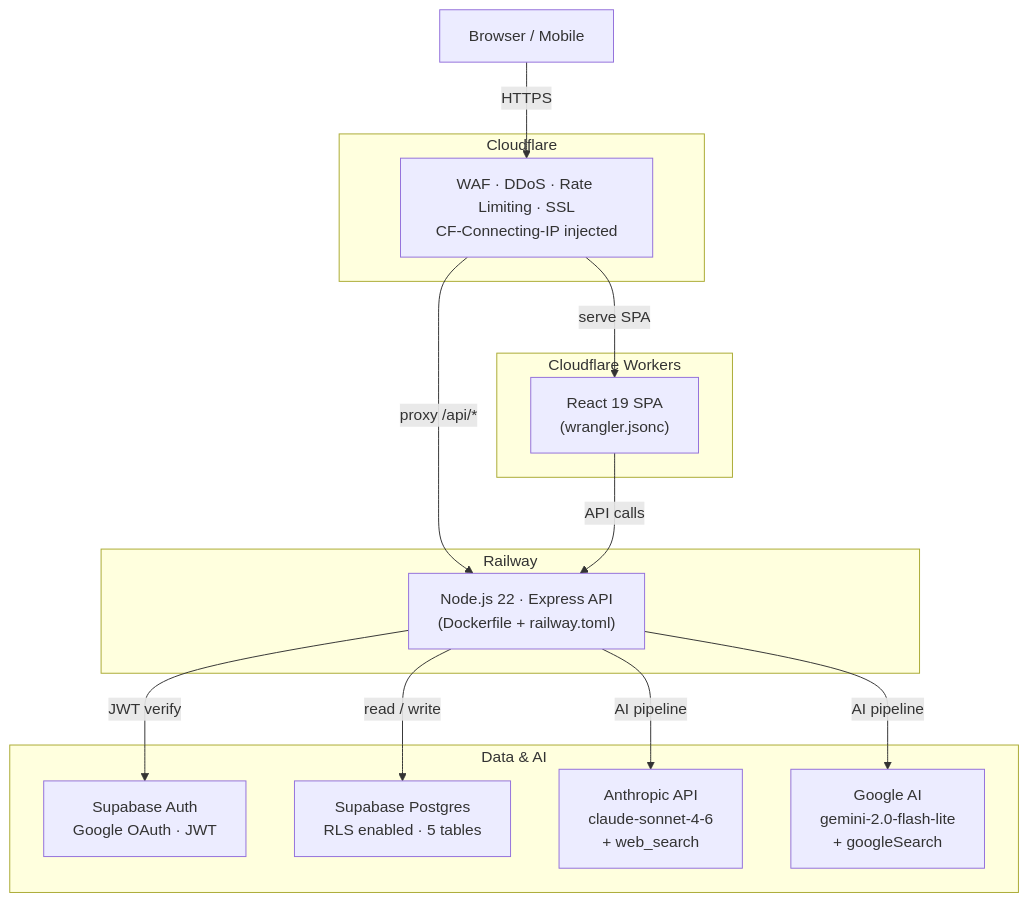
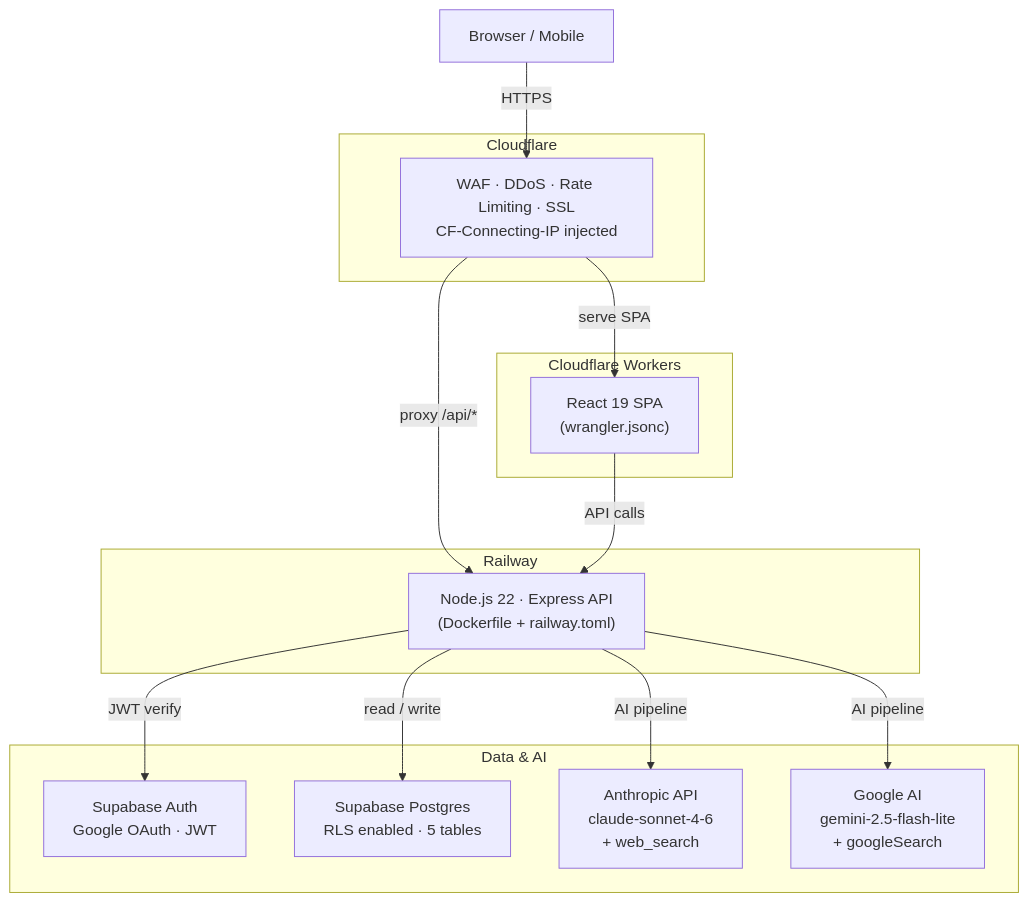
The diagram in README.md (loopnestdev/moat-finder), drawn with Mermaid before and after one commit. The commit also changed other lines of this file and 3 other files, not shown here.

Commit message:
fix: update Gemini model version to gemini-2.5-flash-lite in documentation

````diff
--- a/README.md
+++ b/README.md
@@ -25,32 +25,32 @@
 ```mermaid
 graph TB
     Browser["Browser / Mobile"]
 
     subgraph CF["Cloudflare"]
         WAF["WAF · DDoS · Rate Limiting · SSL\nCF-Connecting-IP injected"]
     end
 
     subgraph Frontend["Cloudflare Workers"]
         SPA["React 19 SPA\n(wrangler.jsonc)"]
     end
 
     subgraph Backend["Railway"]
         API["Node.js 22 · Express API\n(Dockerfile + railway.toml)"]
     end
 
     subgraph Data["Data & AI"]
         Auth["Supabase Auth\nGoogle OAuth · JWT"]
         DB["Supabase Postgres\nRLS enabled · 5 tables"]
         Claude["Anthropic API\nclaude-sonnet-4-6\n+ web_search"]
-        Gemini["Google AI\ngemini-2.0-flash-lite\n+ googleSearch"]
+        Gemini["Google AI\ngemini-2.5-flash-lite\n+ googleSearch"]
     end
 
     Browser -->|HTTPS| WAF
     WAF -->|serve SPA| SPA
     WAF -->|proxy /api/*| API
     SPA -->|API calls| API
     API -->|JWT verify| Auth
     API -->|read / write| DB
     API -->|AI pipeline| Claude
     API -->|AI pipeline| Gemini
 ```
````
